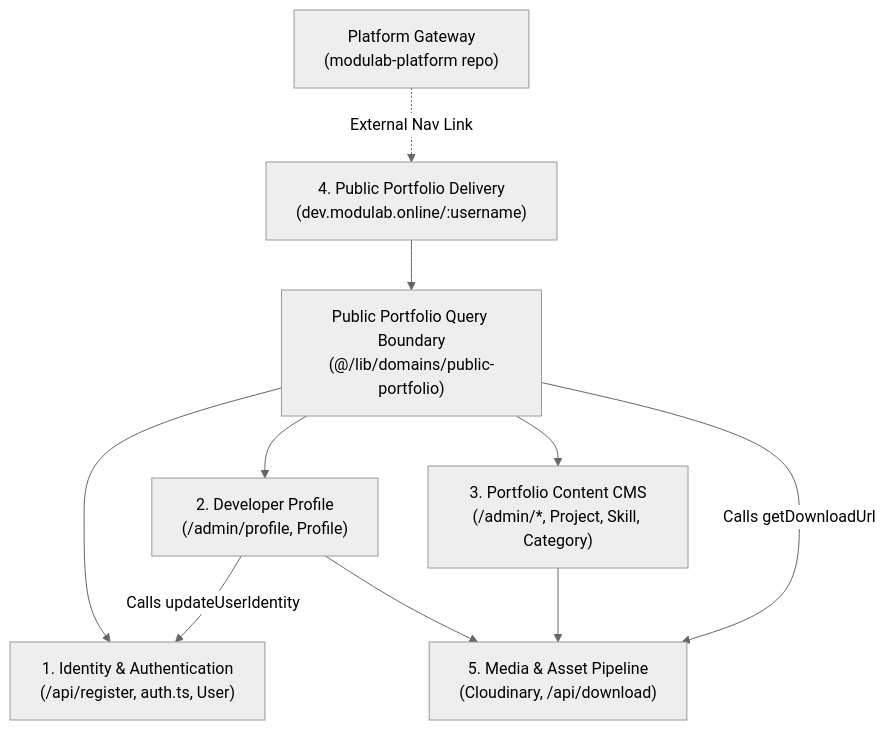
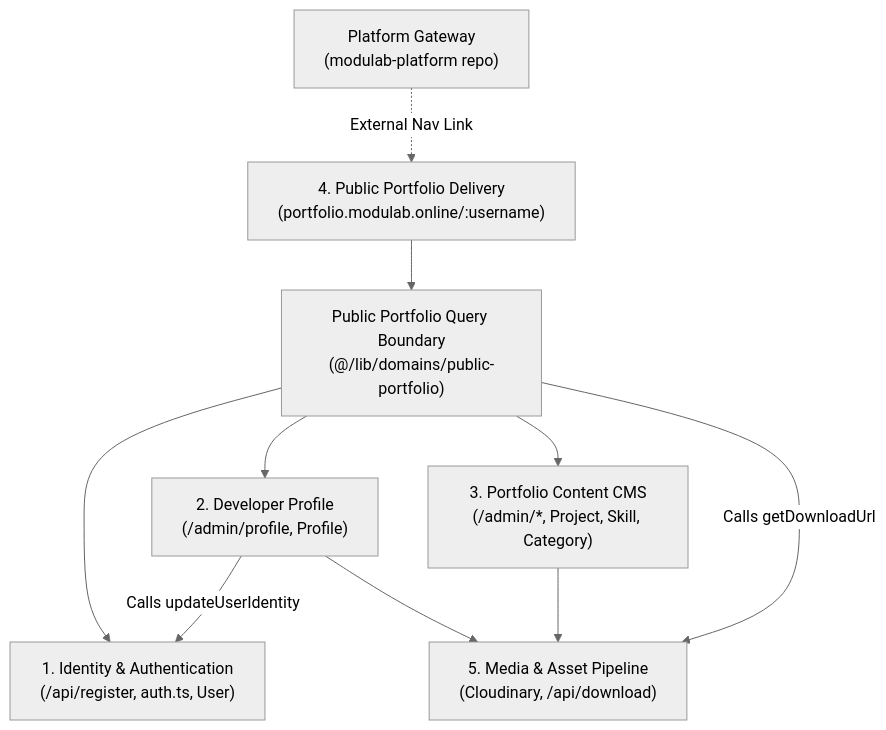
The fourth of 6 diagrams in docs/architecture/ARCHITECTURE.md (harishghorui/modulab-portfolio), drawn with Mermaid (neutral theme) before and after one commit. The commit also changed other lines of this file and 8 other files, not shown here.

````diff
--- a/docs/architecture/ARCHITECTURE.md
+++ b/docs/architecture/ARCHITECTURE.md
@@ -211,20 +211,20 @@
 ```mermaid
 graph TD
     PlatformGateway["Platform Gateway<br/>(modulab-platform repo)"]
     IdentityDomain["1. Identity & Authentication<br/>(/api/register, auth.ts, User)"]
     ProfileDomain["2. Developer Profile<br/>(/admin/profile, Profile)"]
     CMSDomain["3. Portfolio Content CMS<br/>(/admin/*, Project, Skill, Category)"]
-    PublicDelivery["4. Public Portfolio Delivery<br/>(dev.modulab.online/:username)"]
+    PublicDelivery["4. Public Portfolio Delivery<br/>(portfolio.modulab.online/:username)"]
     PublicQueryBoundary["Public Portfolio Query Boundary<br/>(@/lib/domains/public-portfolio)"]
     MediaPipeline["5. Media & Asset Pipeline<br/>(Cloudinary, /api/download)"]
 
     PlatformGateway -.->|External Nav Link| PublicDelivery
     ProfileDomain -->|Calls updateUserIdentity| IdentityDomain
     ProfileDomain --> MediaPipeline
     CMSDomain --> MediaPipeline
     PublicDelivery --> PublicQueryBoundary
     PublicQueryBoundary --> IdentityDomain
     PublicQueryBoundary --> ProfileDomain
     PublicQueryBoundary --> CMSDomain
     PublicQueryBoundary -->|Calls getDownloadUrl| MediaPipeline
 ```
````
